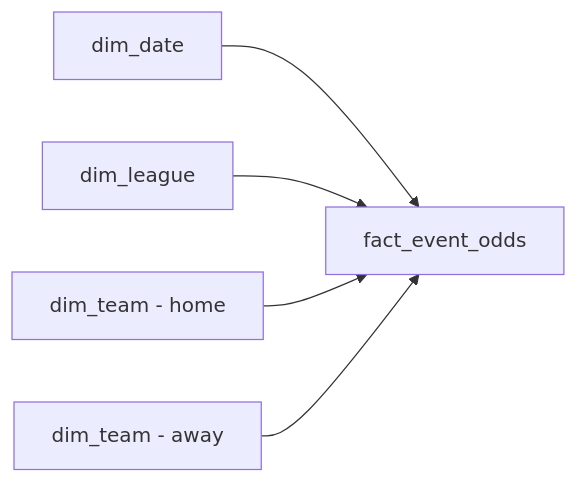
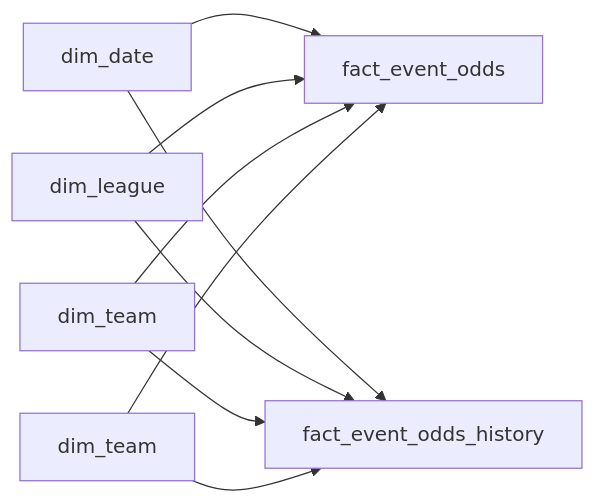
Before and after one commit to Kutaba-Victor-30127/sports-data-engineering-pipeline: the second of 2 diagrams in README.md, drawn with Mermaid. The commit also changed other lines of this file and 13 other files, not shown here.

Commit message:
Add append-only betting odds history

````diff
--- a/README.md
+++ b/README.md
@@ -286,7 +589,12 @@
 ```mermaid
 flowchart LR
-    DATE[dim_date] --> FACT[fact_event_odds]
-    LEAGUE[dim_league] --> FACT
-    HOME[dim_team - home] --> FACT
-    AWAY[dim_team - away] --> FACT
+    DATE[dim_date] --> CURRENT[fact_event_odds]
+    LEAGUE[dim_league] --> CURRENT
+    HOME[dim_team] --> CURRENT
+    AWAY[dim_team] --> CURRENT
+
+    DATE --> HISTORY[fact_event_odds_history]
+    LEAGUE --> HISTORY
+    HOME --> HISTORY
+    AWAY --> HISTORY
 ```
````
